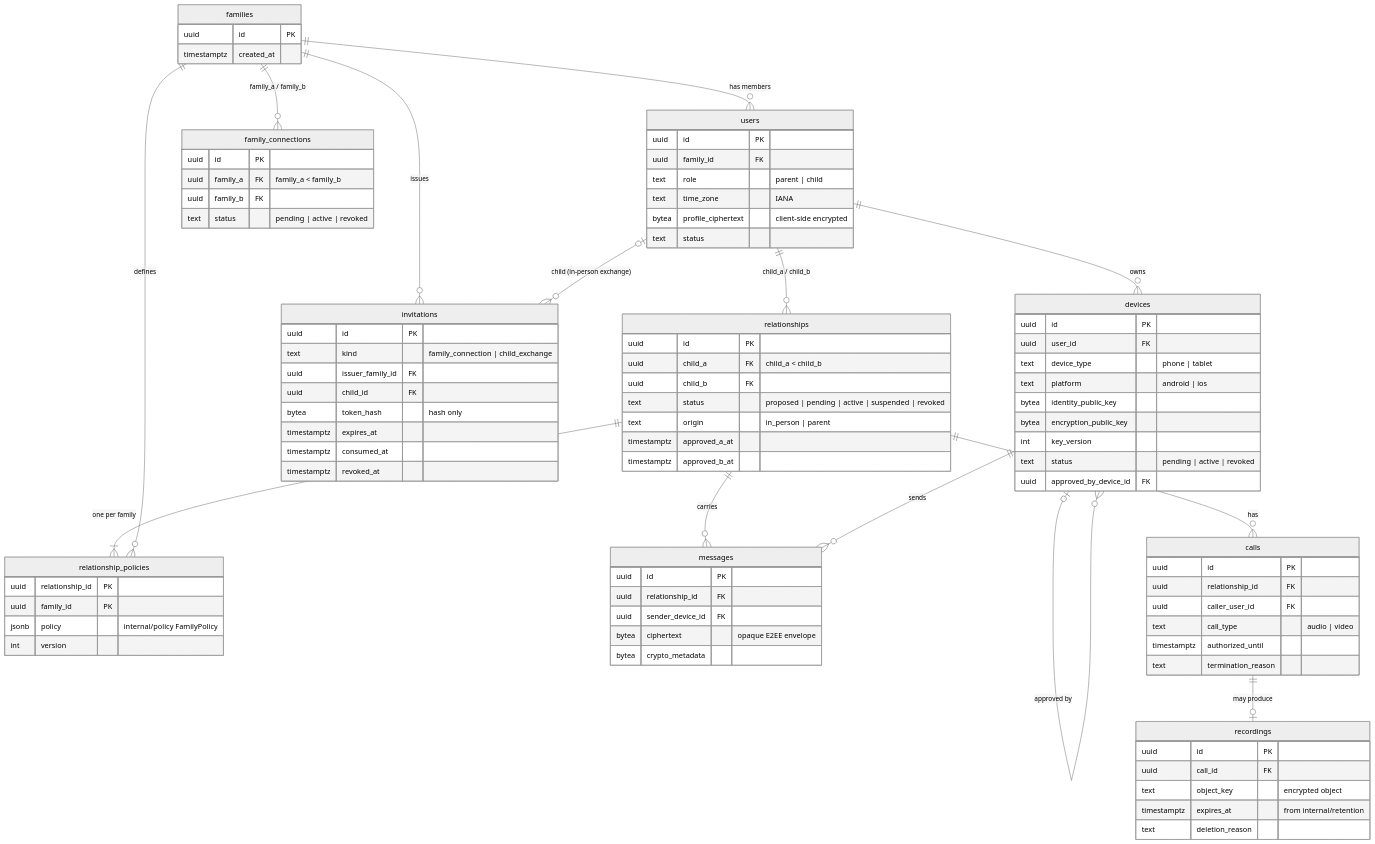
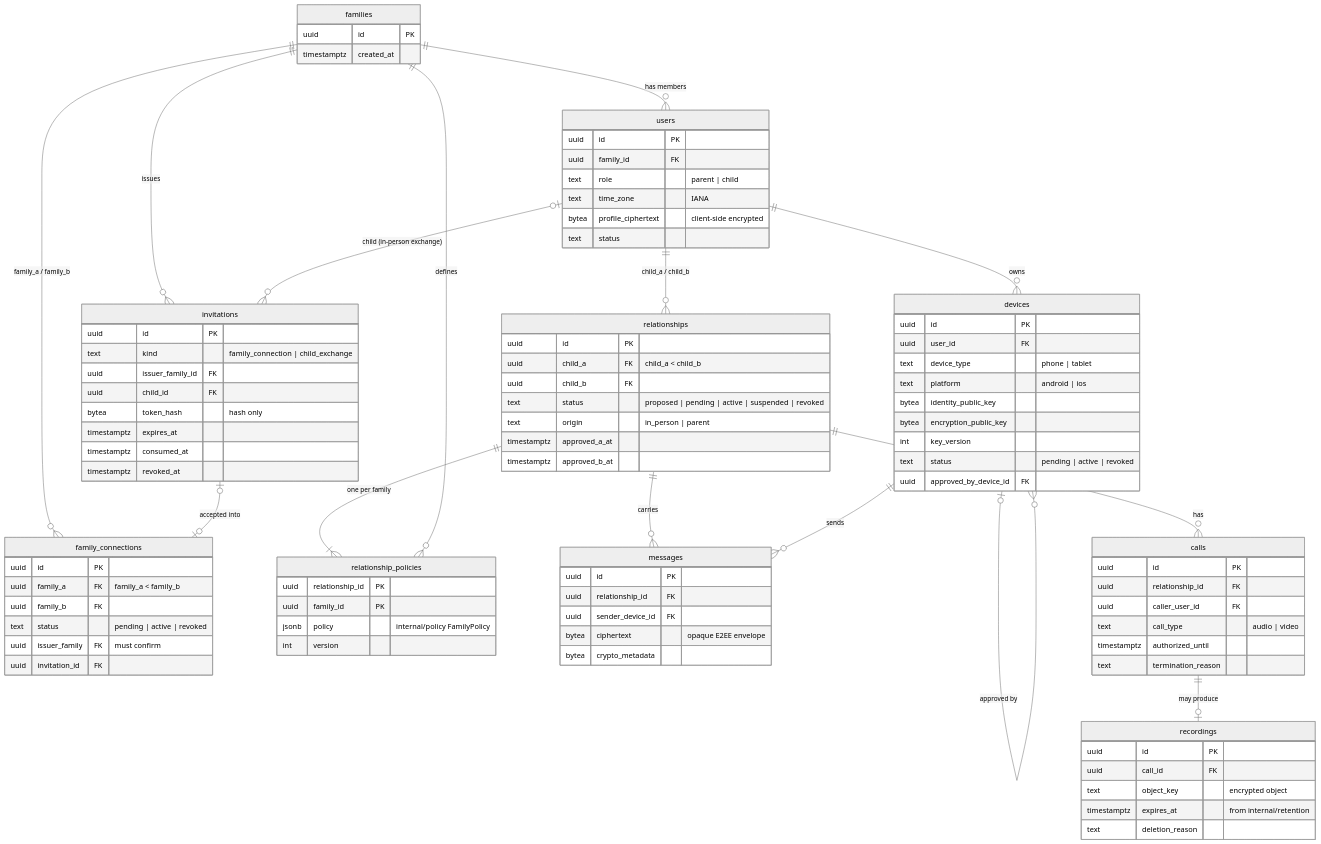
The diagram in docs/data-model.md (frbayart/tkc), drawn with Mermaid (neutral theme) before and after one commit. The commit also changed other lines of this file and 13 other files, not shown here.

```diff
--- a/docs/data-model.md
+++ b/docs/data-model.md
@@ -19,6 +19,7 @@
     devices |o--o{ devices : "approved by"
     families ||--o{ family_connections : "family_a / family_b"
     families ||--o{ invitations : issues
+    invitations |o--o| family_connections : "accepted into"
     users |o--o{ invitations : "child (in-person exchange)"
     users ||--o{ relationships : "child_a / child_b"
     relationships ||--|{ relationship_policies : "one per family"
@@ -56,6 +57,8 @@
         uuid family_a FK "family_a < family_b"
         uuid family_b FK
         text status "pending | active | revoked"
+        uuid issuer_family FK "must confirm"
+        uuid invitation_id FK
     }
     invitations {
         uuid id PK
```
